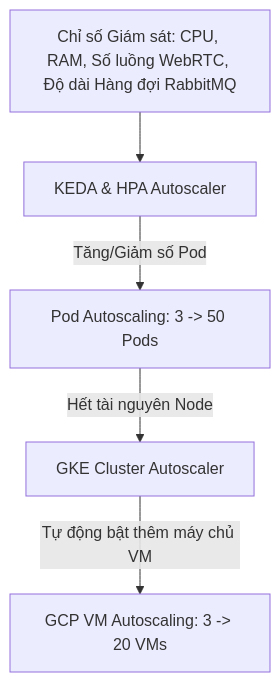
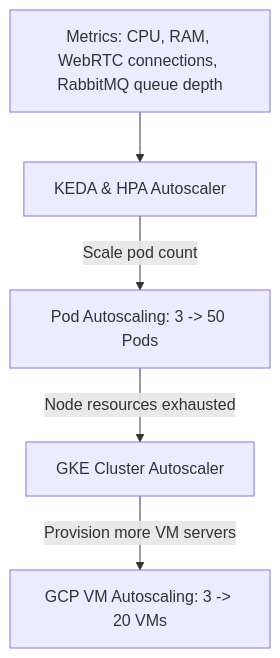
The second of 2 diagrams in docs/GCP_K8S_SCALING_ARCHITECTURE.md (HubSight/hubsight), drawn with Mermaid before and after one commit. The commit also changed other lines of this file and 11 other files, not shown here.

````diff
--- a/docs/GCP_K8S_SCALING_ARCHITECTURE.md
+++ b/docs/GCP_K8S_SCALING_ARCHITECTURE.md
@@ -162,7 +162,7 @@
 ```mermaid
 graph TD
-    Metric[Chỉ số Giám sát: CPU, RAM, Số luồng WebRTC, Độ dài Hàng đợi RabbitMQ] --> KEDA[KEDA & HPA Autoscaler]
-    KEDA -->|Tăng/Giảm số Pod| PodScale[Pod Autoscaling: 3 -> 50 Pods]
-    PodScale -->|Hết tài nguyên Node| CAS[GKE Cluster Autoscaler]
-    CAS -->|Tự động bật thêm máy chủ VM| NodeScale[GCP VM Autoscaling: 3 -> 20 VMs]
+    Metric[Metrics: CPU, RAM, WebRTC connections, RabbitMQ queue depth] --> KEDA[KEDA & HPA Autoscaler]
+    KEDA -->|Scale pod count| PodScale[Pod Autoscaling: 3 -> 50 Pods]
+    PodScale -->|Node resources exhausted| CAS[GKE Cluster Autoscaler]
+    CAS -->|Provision more VM servers| NodeScale[GCP VM Autoscaling: 3 -> 20 VMs]
 ```
````
